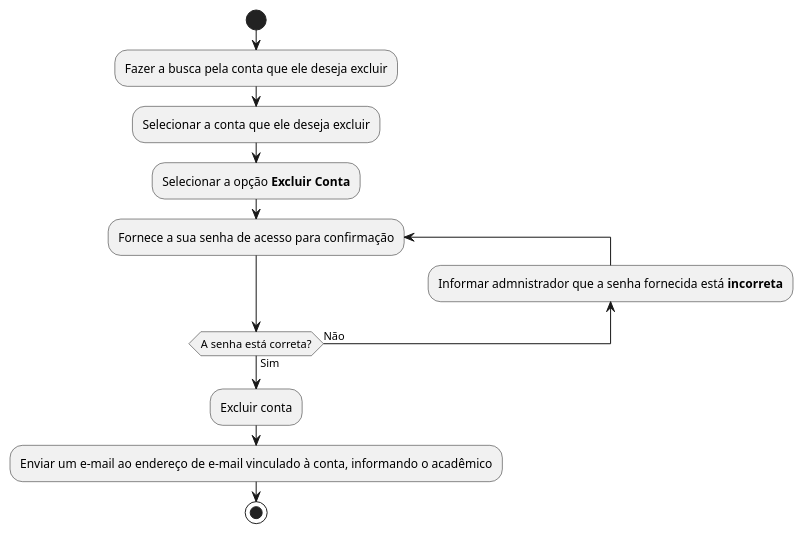
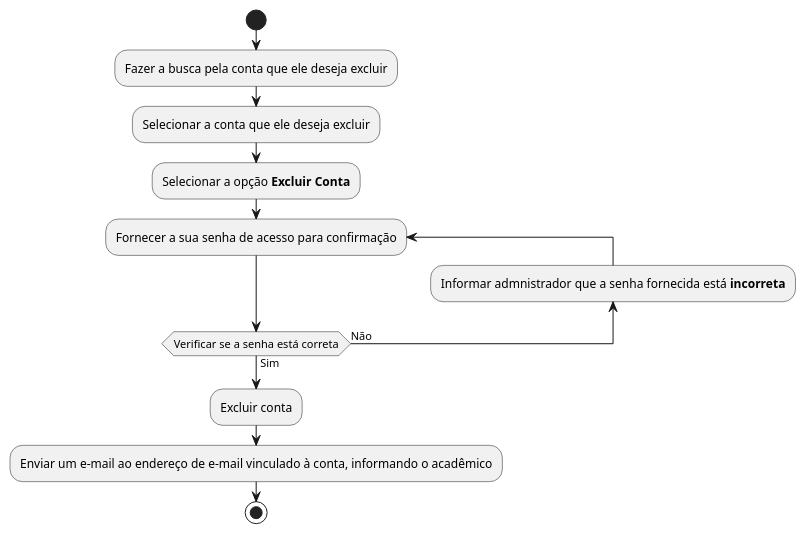
Before and after one commit to arielazzi/desenvolvimento-de-software-I: the diagram in activity-diagrams/excluir-conta.iuml, drawn with PlantUML. The commit also changed 4 other files, not shown here.

Commit message:
activity-diagrams

```diff
--- a/activity-diagrams/excluir-conta.iuml
+++ b/activity-diagrams/excluir-conta.iuml
@@ -1,14 +1,14 @@
 @startuml excluir-conta
 
 start
 :Fazer a busca pela conta que ele deseja excluir;
 :Selecionar a conta que ele deseja excluir;
 :Selecionar a opção **Excluir Conta**;
-repeat :Fornece a sua senha de acesso para confirmação;
+repeat :Fornecer a sua senha de acesso para confirmação;
 backward :Informar admnistrador que a senha fornecida está **incorreta**;
-repeat while (A senha está correta?) is (Não) not (Sim)
+repeat while (Verificar se a senha está correta) is (Não) not (Sim)
 :Excluir conta;
 :Enviar um e-mail ao endereço de e-mail vinculado à conta, informando o acadêmico;
 stop
 
 @enduml
```
